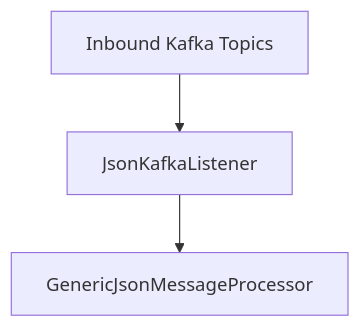
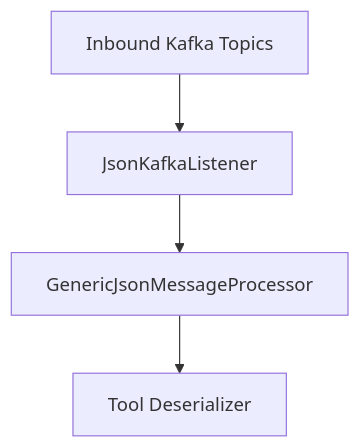
Before and after one commit to Praesto-Pro/openframe-oss-tenant: the diagram in docs/architecture/diagrams/stream-service-core-2.mmd, drawn with Mermaid. The commit also changed 174 other files, not shown here.

```diff
--- a/docs/architecture/diagrams/stream-service-core-2.mmd
+++ b/docs/architecture/diagrams/stream-service-core-2.mmd
@@ -1,3 +1,4 @@
 flowchart TD
     Kafka["Inbound Kafka Topics"] --> Listener["JsonKafkaListener"]
     Listener --> Processor["GenericJsonMessageProcessor"]
+    Processor --> Deserializer["Tool Deserializer"]
```
